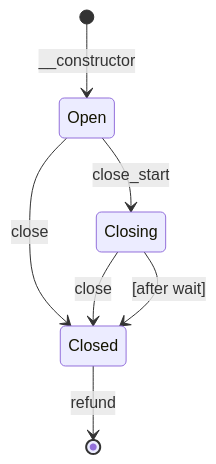
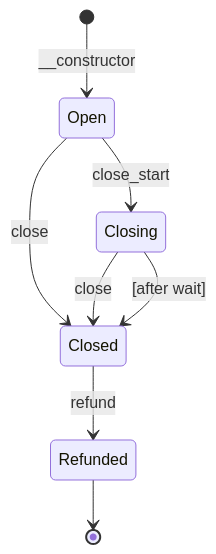
Before and after one commit to mpprouter/one-way-channel: the diagram in README.md, drawn with Mermaid. The commit also changed other lines of this file and 25 other files, not shown here.

````diff
--- a/README.md
+++ b/README.md
@@ -41,9 +48,10 @@
 ```mermaid
 stateDiagram-v2
     [*] --> Open: __constructor
     Open --> Closed: close
     Open --> Closing: close_start
     Closing --> Closed: close
     Closing --> Closed: [after wait]
-    Closed --> [*]: refund
+    Closed --> Refunded: refund
+    Refunded --> [*]
 ```
````
